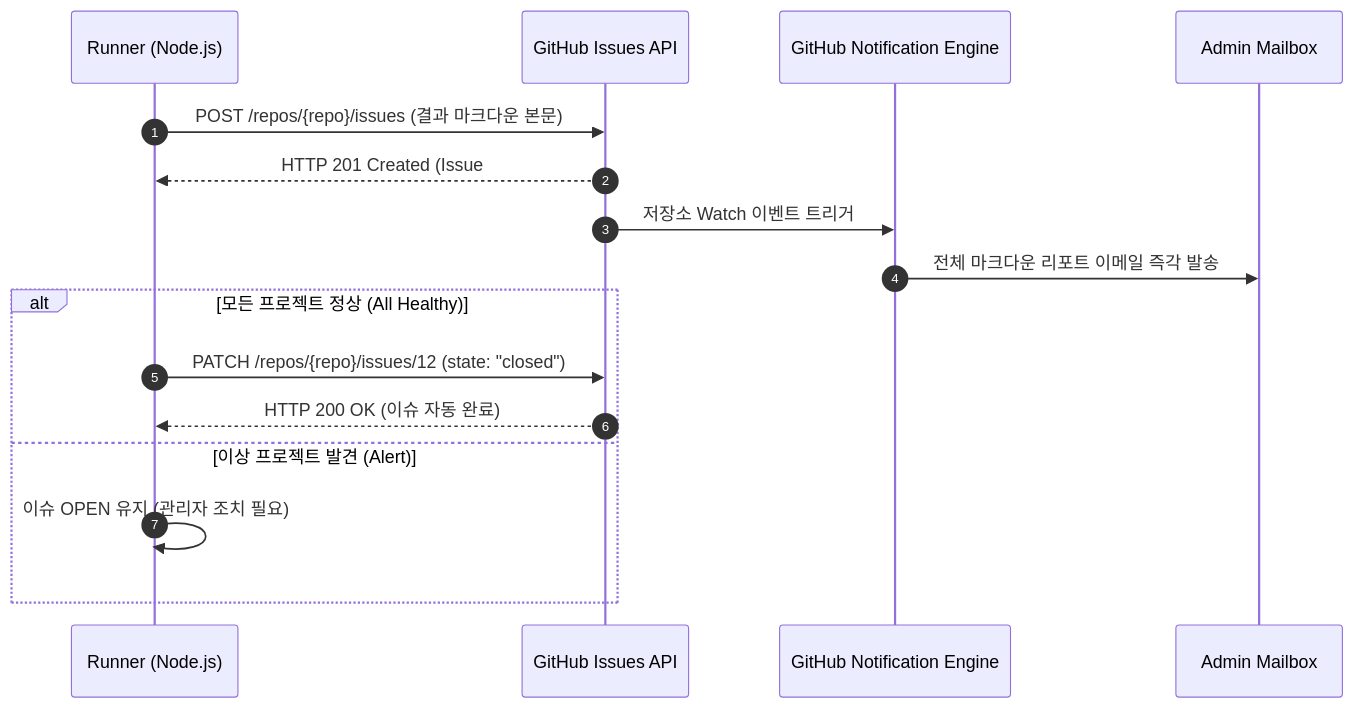
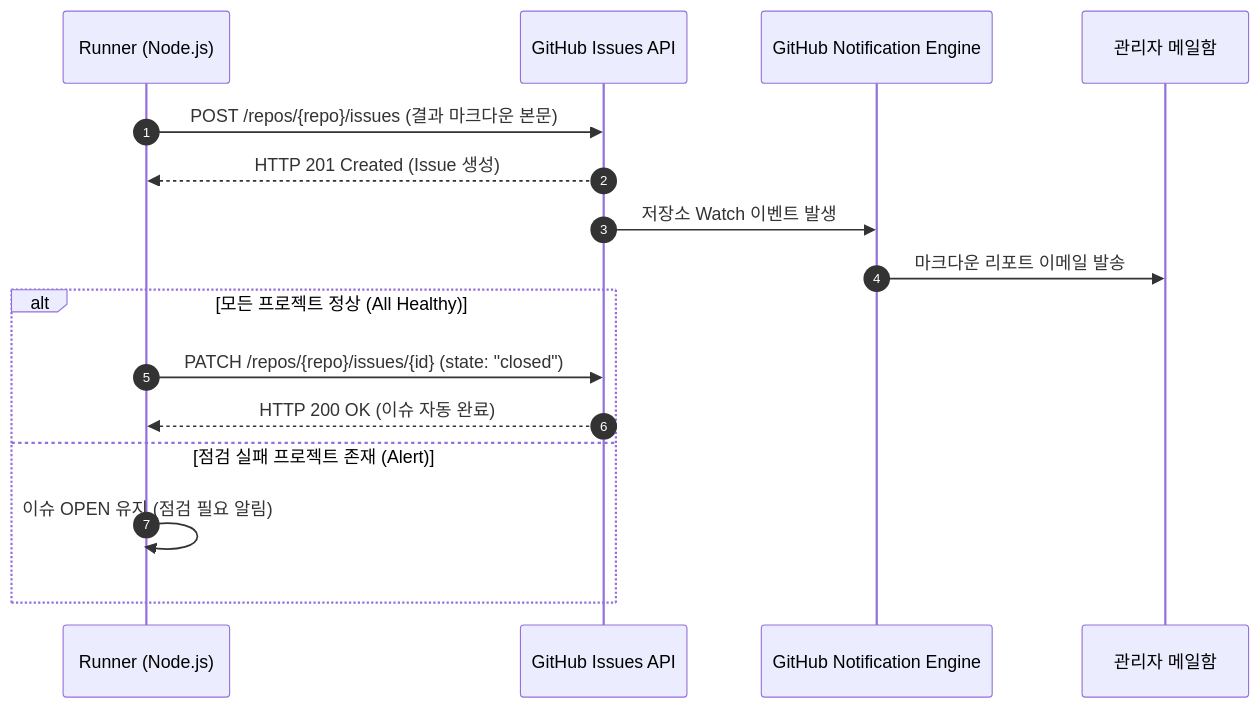
One commit to AswinBlue/HugoBlog changed the second of 2 diagrams in content/post/Projects/central_keepalive.md. Above: the diagram before and after it, drawn with Mermaid. The commit also changed other lines of this file, not shown here.

````diff
--- a/content/post/Projects/central_keepalive.md
+++ b/content/post/Projects/central_keepalive.md
@@ -313,19 +207,19 @@
 ```mermaid
 sequenceDiagram
     autonumber
     participant Runner as Runner (Node.js)
     participant GH_API as GitHub Issues API
     participant Watcher as GitHub Notification Engine
-    participant Email as Admin Mailbox
+    participant Email as 관리자 메일함
 
     Runner ->> GH_API: POST /repos/{repo}/issues (결과 마크다운 본문)
-    GH_API -->> Runner: HTTP 201 Created (Issue #12 생성)
-    GH_API ->> Watcher: 저장소 Watch 이벤트 트리거
-    Watcher ->> Email: 전체 마크다운 리포트 이메일 즉각 발송
+    GH_API -->> Runner: HTTP 201 Created (Issue 생성)
+    GH_API ->> Watcher: 저장소 Watch 이벤트 발생
+    Watcher ->> Email: 마크다운 리포트 이메일 발송
     alt 모든 프로젝트 정상 (All Healthy)
-        Runner ->> GH_API: PATCH /repos/{repo}/issues/12 (state: "closed")
+        Runner ->> GH_API: PATCH /repos/{repo}/issues/{id} (state: "closed")
         GH_API -->> Runner: HTTP 200 OK (이슈 자동 완료)
-    else 이상 프로젝트 발견 (Alert)
-        Runner ->> Runner: 이슈 OPEN 유지 (관리자 조치 필요)
+    else 점검 실패 프로젝트 존재 (Alert)
+        Runner ->> Runner: 이슈 OPEN 유지 (점검 필요 알림)
     end
 ```
````
